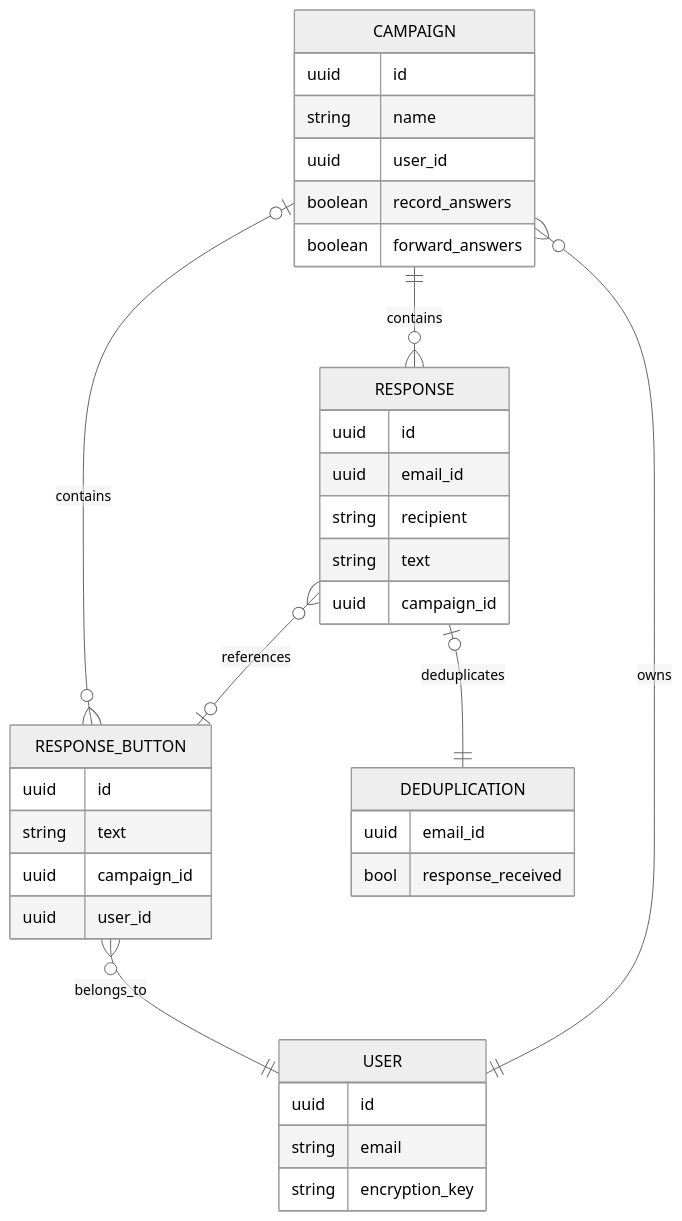
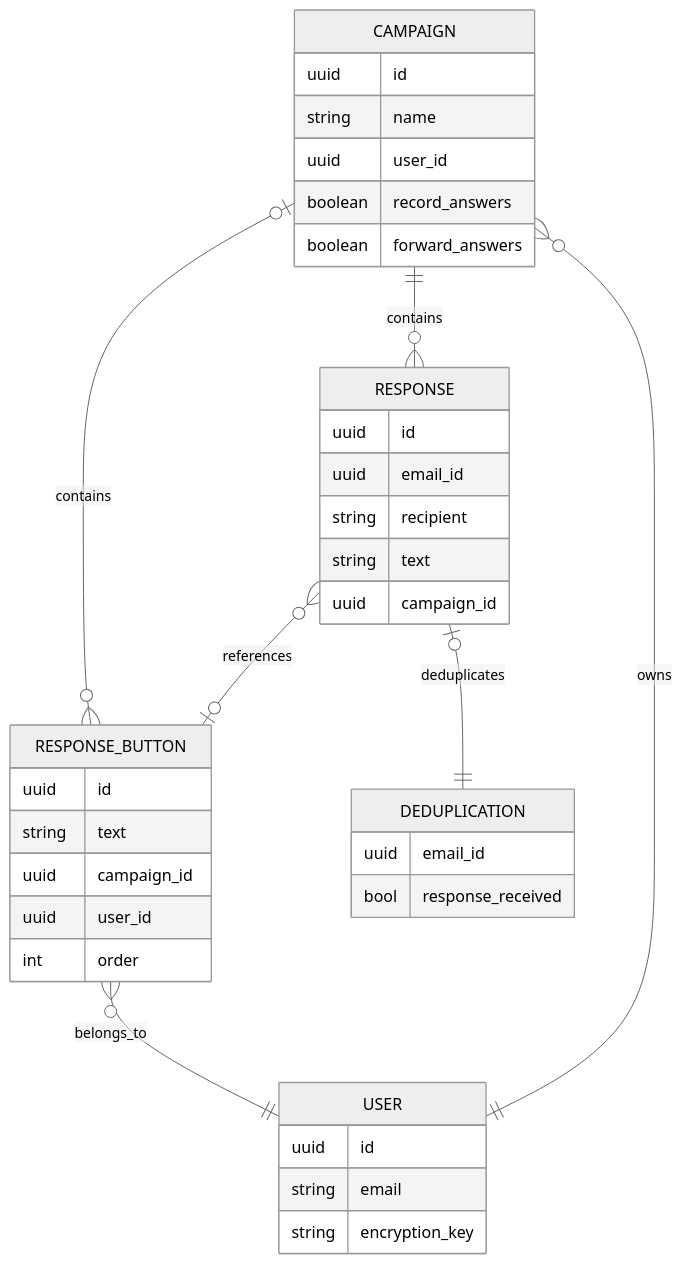
The diagram in docs/specs/data-structure.md (b4nt0/one-click-response), drawn with Mermaid (neutral theme) before and after one commit. The commit also changed other lines of this file and 11 other files, not shown here.

````diff
--- a/docs/specs/data-structure.md
+++ b/docs/specs/data-structure.md
@@ -58,38 +59,39 @@
 ```mermaid
 erDiagram
     CAMPAIGN |o--o{ RESPONSE_BUTTON : contains
     CAMPAIGN ||--o{ RESPONSE : contains
     RESPONSE }o--o| RESPONSE_BUTTON : references
     RESPONSE |o--|| DEDUPLICATION: deduplicates
     USER ||--o{ CAMPAIGN: owns
     RESPONSE_BUTTON }o--|| USER: belongs_to
     CAMPAIGN {
         uuid id
         string name
         uuid user_id
         boolean record_answers
         boolean forward_answers
     }
     RESPONSE_BUTTON {
         uuid id
         string text
         uuid campaign_id
         uuid user_id
+        int order
     }
     RESPONSE {
         uuid id
         uuid email_id
         string recipient
         string text
         uuid campaign_id
     }
     USER {
         uuid id
         string email
         string encryption_key
     }
     DEDUPLICATION {
         uuid email_id
         bool response_received
     }
 ```
````
